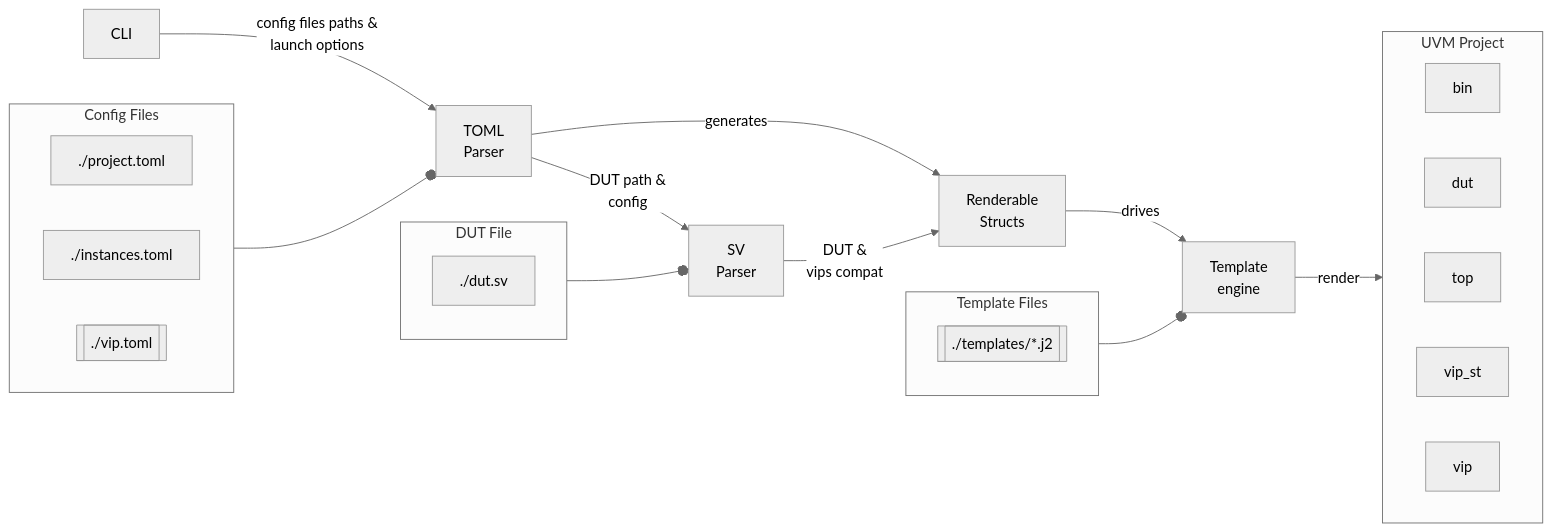
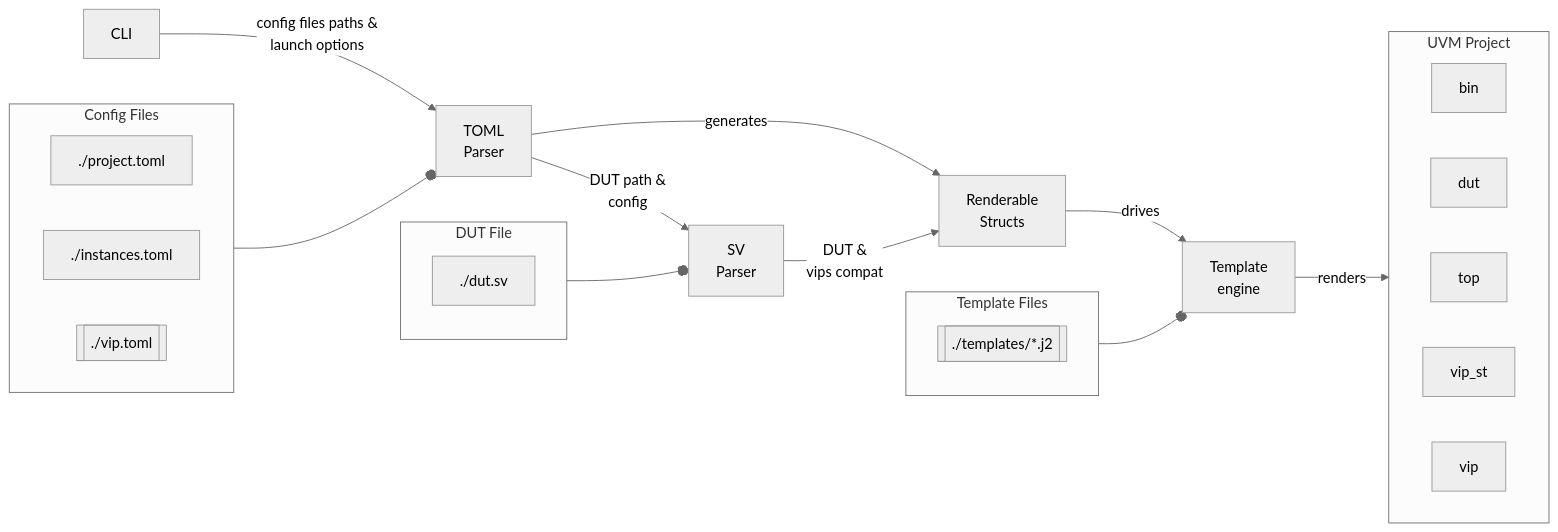
Before and after one commit to vmorillon/kitsuvm: the diagram in README.md, drawn with Mermaid (neutral theme). The commit also changed other lines of this file and 5 other files, not shown here.

````diff
--- a/README.md
+++ b/README.md
@@ -77,36 +77,36 @@
 ```mermaid
 flowchart LR
   CLI[CLI] -->|config files paths & \n launch options| TOMLParser[TOML \n Parser]
   ConfigFiles --o TOMLParser
   subgraph ConfigFiles[Config Files]
     direction LR
     ProjectCfg[./project.toml]
     Instances[./instances.toml]
     VIPs[[./vip.toml]]
   end
 
   TOMLParser -->|generates| UVM[Renderable \n Structs]
   TOMLParser -->|DUT path & \n config| SVParser[SV \n Parser]
 
   DUT --o SVParser
   subgraph DUT[DUT File]
     DUTFile[./dut.sv]
   end
   SVParser -->|DUT & \n vips compat| UVM
 
   UVM -->|drives| Tera[Template \n engine]
   TemplateFiles --o Tera
   subgraph TemplateFiles[Template Files]
     TemplateDir[[./templates/*.j2]]
   end
 
-  Tera -->|render| Project
+  Tera -->|renders| Project
   subgraph Project[UVM Project]
     direction LR
     binDir[bin]
     DUTDir[dut]
     topDir[top]
     topSTDir[vip_st]
     vipDir[vip]
   end
 ```
````
